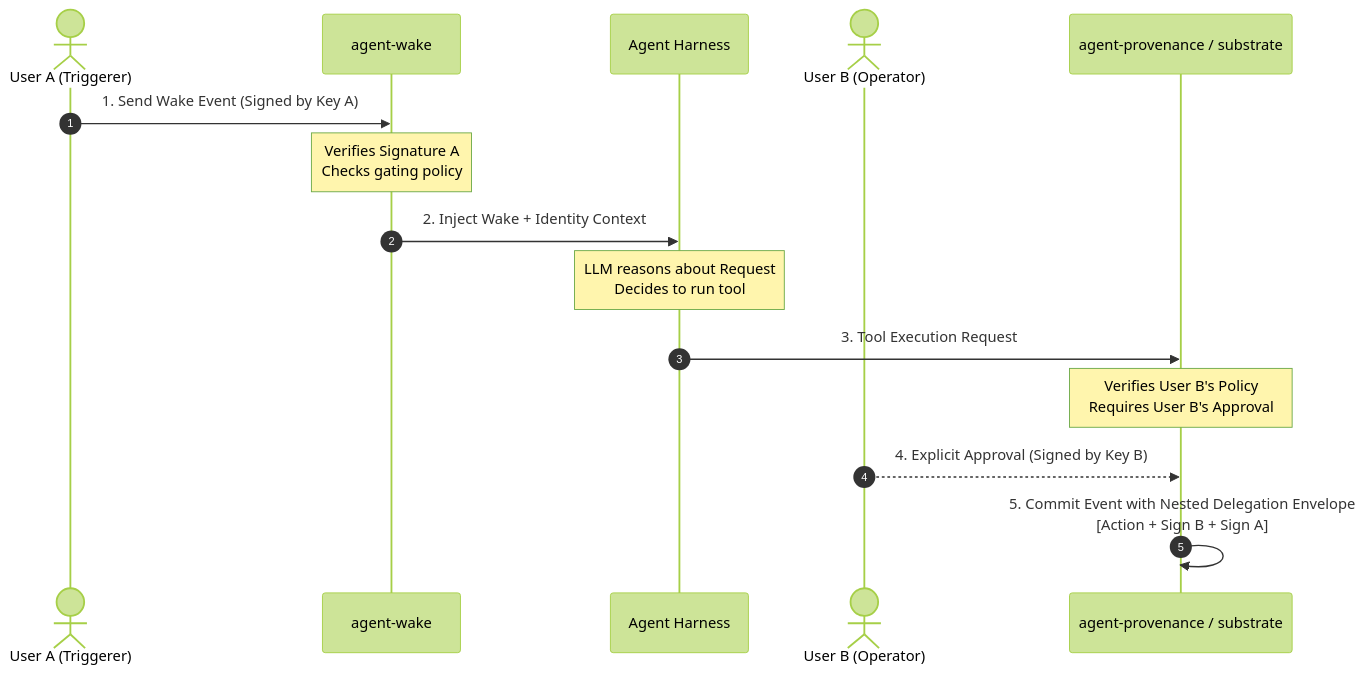
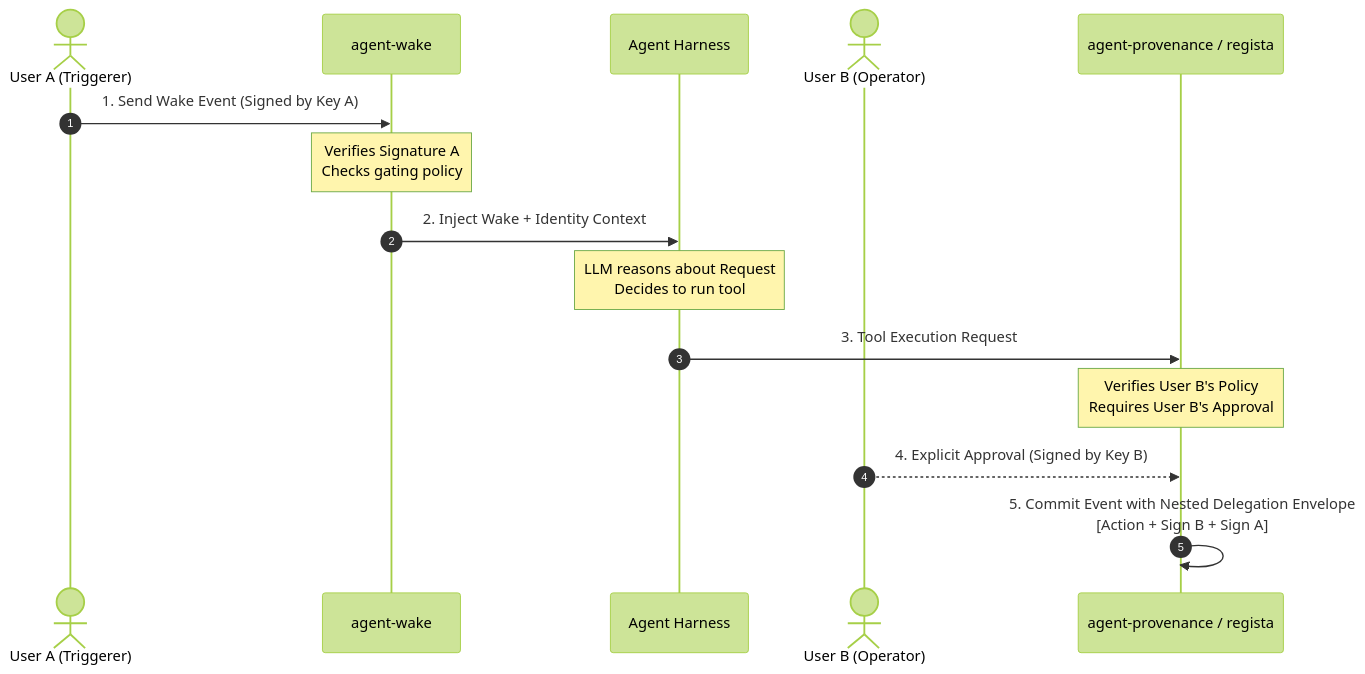
The diagram in design/positions-on-identity.md (hraedon/agent-wake), drawn with Mermaid (forest theme) before and after one commit. The commit also changed other lines of this file and 12 other files, not shown here.

First line of the commit message:
rename: substrate → regista (Plan 001)

````diff
--- a/design/positions-on-identity.md
+++ b/design/positions-on-identity.md
@@ -23,18 +23,18 @@
 ```mermaid
 sequenceDiagram
     autonumber
     actor UserA as User A (Triggerer)
     participant AW as agent-wake
     participant AH as Agent Harness
     actor UserB as User B (Operator)
-    participant AP as agent-provenance / substrate
+    participant AP as agent-provenance / regista
 
     UserA->>AW: 1. Send Wake Event (Signed by Key A)
     Note over AW: Verifies Signature A<br/>Checks gating policy
     AW->>AH: 2. Inject Wake + Identity Context
     Note over AH: LLM reasons about Request<br/>Decides to run tool
     AH->>AP: 3. Tool Execution Request
     Note over AP: Verifies User B's Policy<br/>Requires User B's Approval
     UserB-->>AP: 4. Explicit Approval (Signed by Key B)
     AP->>AP: 5. Commit Event with Nested Delegation Envelope<br/>[Action + Sign B + Sign A]
 ```
````
